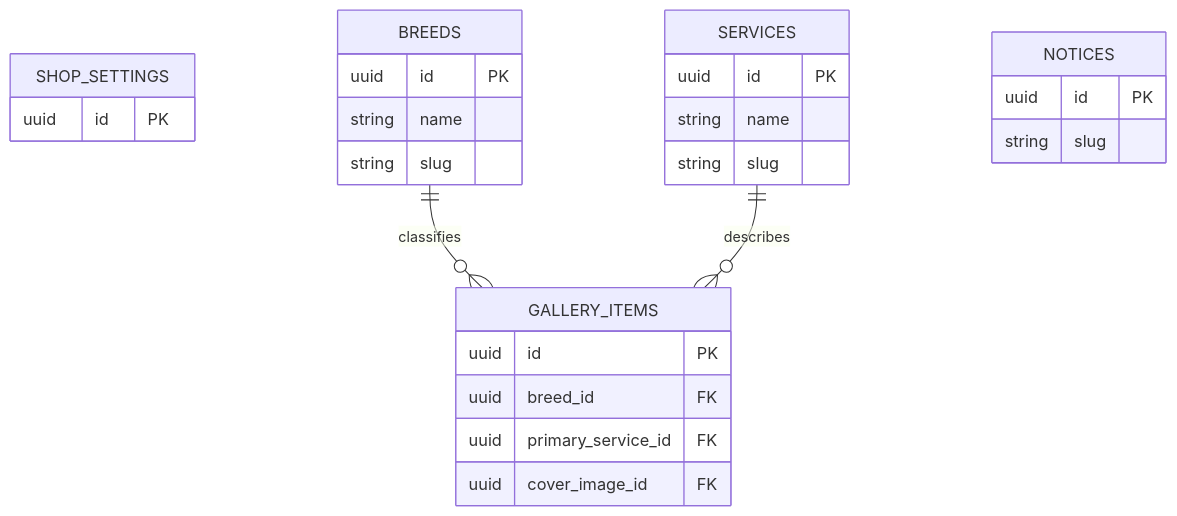
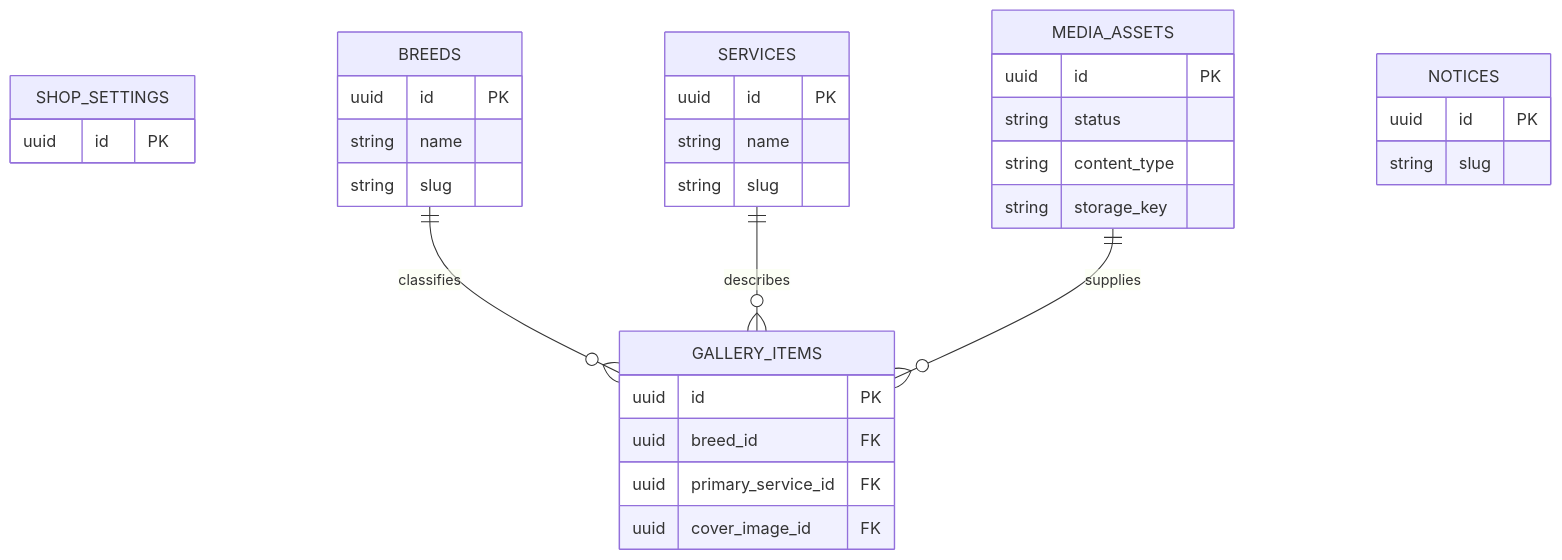
Before and after one commit to xxh3898/Rhaomi: the diagram in docs/04-architecture/cms-data-model.md, drawn with Mermaid. The commit also changed other lines of this file and 69 other files, not shown here.

````diff
--- a/docs/04-architecture/cms-data-model.md
+++ b/docs/04-architecture/cms-data-model.md
@@ -47,11 +47,13 @@
 ```mermaid
 erDiagram
     SHOP_SETTINGS { uuid id PK }
     BREEDS { uuid id PK string name string slug }
     SERVICES { uuid id PK string name string slug }
+    MEDIA_ASSETS { uuid id PK string status string content_type string storage_key }
     GALLERY_ITEMS { uuid id PK uuid breed_id FK uuid primary_service_id FK uuid cover_image_id FK }
     NOTICES { uuid id PK string slug }
 
     BREEDS ||--o{ GALLERY_ITEMS : classifies
     SERVICES ||--o{ GALLERY_ITEMS : describes
+    MEDIA_ASSETS ||--o{ GALLERY_ITEMS : supplies
 ```
````
